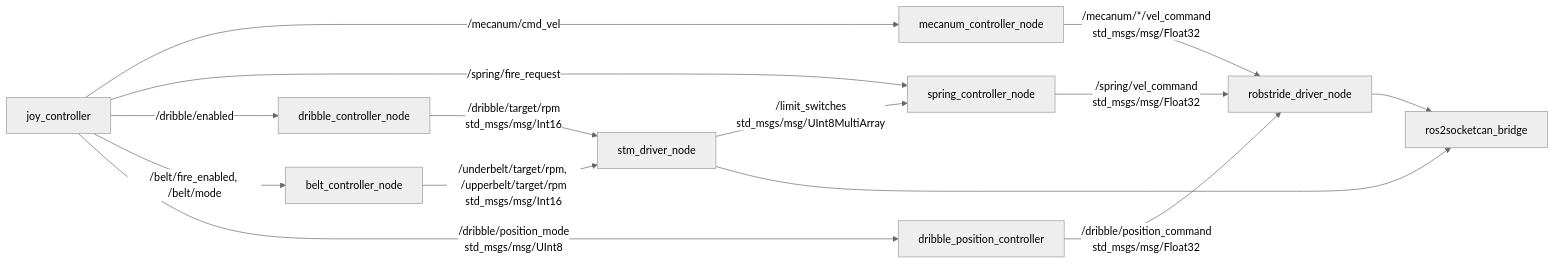
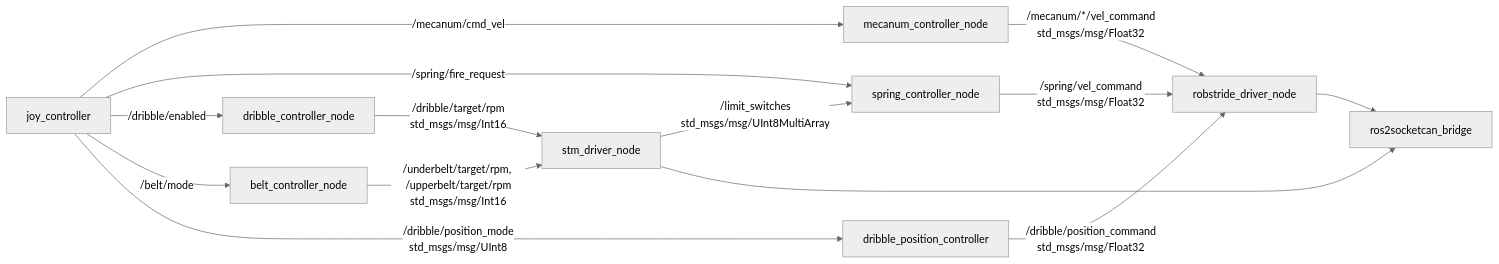
Before and after one commit to rodep-soft/rox2026: the diagram in ros2_ws/src/robot_controller/README.md, drawn with Mermaid (neutral theme). The commit also changed other lines of this file and 7 other files, not shown here.

````diff
--- a/ros2_ws/src/robot_controller/README.md
+++ b/ros2_ws/src/robot_controller/README.md
@@ -7,28 +7,28 @@
 ```mermaid
 flowchart LR
   joy[joy_controller]
   mecanum[mecanum_controller_node]
   spring[spring_controller_node]
   dribble[dribble_controller_node]
   position[dribble_position_controller]
   belt[belt_controller_node]
   stm_driver[stm_driver_node]
   robstride_driver[robstride_driver_node]
   bridge[ros2socketcan_bridge]
 
   joy -->|/mecanum/cmd_vel| mecanum
   joy -->|/spring/fire_request| spring
   joy -->|/dribble/enabled| dribble
-  joy -->|/belt/fire_enabled, /belt/mode| belt
+  joy -->|/belt/mode| belt
   joy -->|/dribble/position_mode\nstd_msgs/msg/UInt8| position
 
   mecanum -->|/mecanum/*/vel_command\nstd_msgs/msg/Float32| robstride_driver
   spring -->|/spring/vel_command\nstd_msgs/msg/Float32| robstride_driver
   dribble -->|/dribble/target/rpm\nstd_msgs/msg/Int16| stm_driver
   belt -->|/underbelt/target/rpm, /upperbelt/target/rpm\nstd_msgs/msg/Int16| stm_driver
   position -->|/dribble/position_command\nstd_msgs/msg/Float32| robstride_driver
   stm_driver -->|/limit_switches\nstd_msgs/msg/UInt8MultiArray| spring
 
   stm_driver --> bridge
   robstride_driver --> bridge
 ```
````
